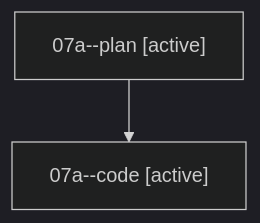
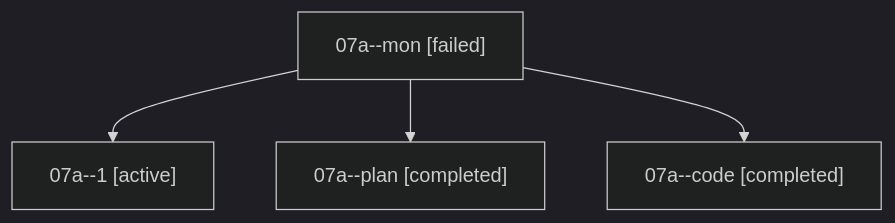
The diagram in families/bbugyi200.athena.07a.md (sase-org/sase--agents), drawn with Mermaid (dark theme) before and after one commit. The commit also changed other lines of this file and 530 other files, not shown here.

````diff
--- a/families/bbugyi200.athena.07a.md
+++ b/families/bbugyi200.athena.07a.md
@@ -9,6 +9,10 @@
 ```mermaid
 flowchart TD
-  n0["07a--plan [active]"]
-  n1["07a--code [active]"]
+  n0["07a--mon [failed]"]
+  n1["07a--1 [active]"]
   n0 --> n1
+  n2["07a--plan [completed]"]
+  n0 --> n2
+  n3["07a--code [completed]"]
+  n0 --> n3
 ```
````
